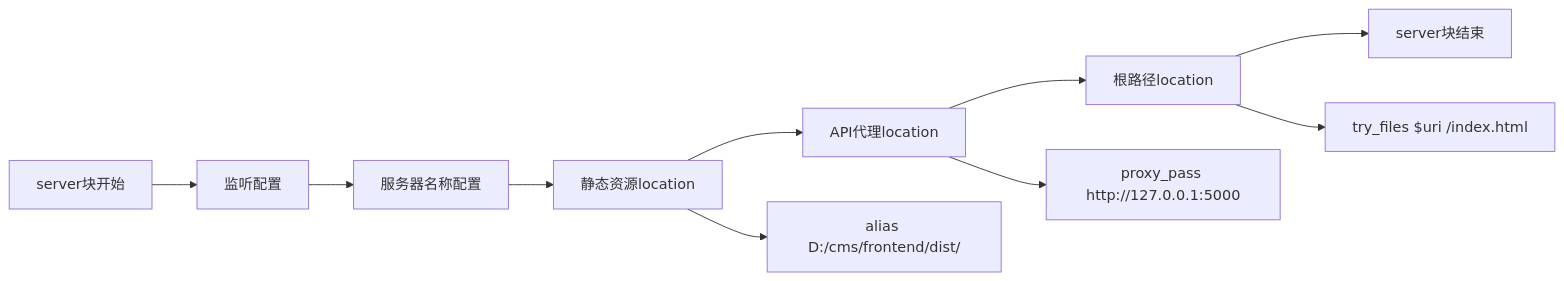
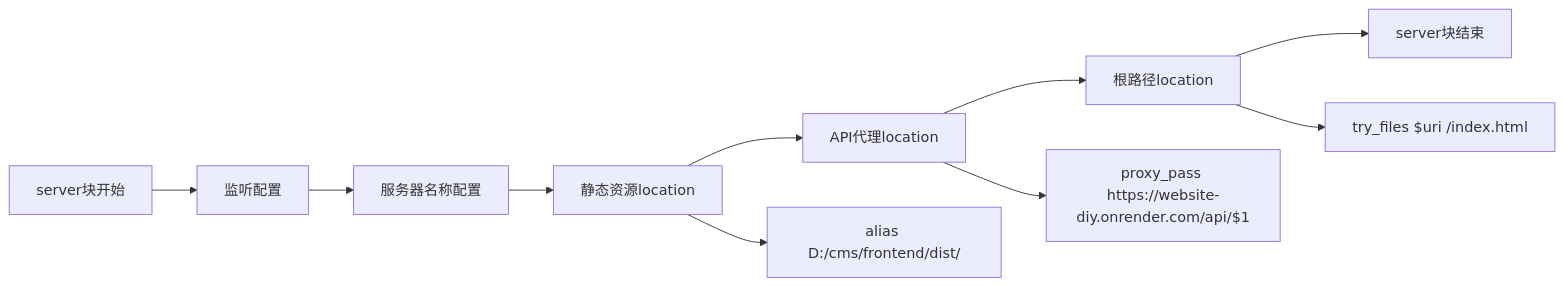
One commit to wyg5208/website_diy changed the fifth of 11 diagrams in .qoder/repowiki/zh/content/技术架构设计/部署架构设计/Nginx反向代理配置.md. Above: the diagram before and after it, drawn with Mermaid. The commit also changed other lines of this file and 7 other files, not shown here.

````diff
--- a/.qoder/repowiki/zh/content/技术架构设计/部署架构设计/Nginx反向代理配置.md
+++ b/.qoder/repowiki/zh/content/技术架构设计/部署架构设计/Nginx反向代理配置.md
@@ -205,12 +233,12 @@
 ```mermaid
 flowchart LR
 A[server块开始] --> B[监听配置]
 B --> C[服务器名称配置]
 C --> D[静态资源location]
 D --> E[API代理location]
 E --> F[根路径location]
 F --> G[server块结束]
 D --> H[alias D:/cms/frontend/dist/]
-E --> I[proxy_pass http://127.0.0.1:5000]
+E --> I[proxy_pass https://website-diy.onrender.com/api/$1]
 F --> J[try_files $uri /index.html]
 ```
````
